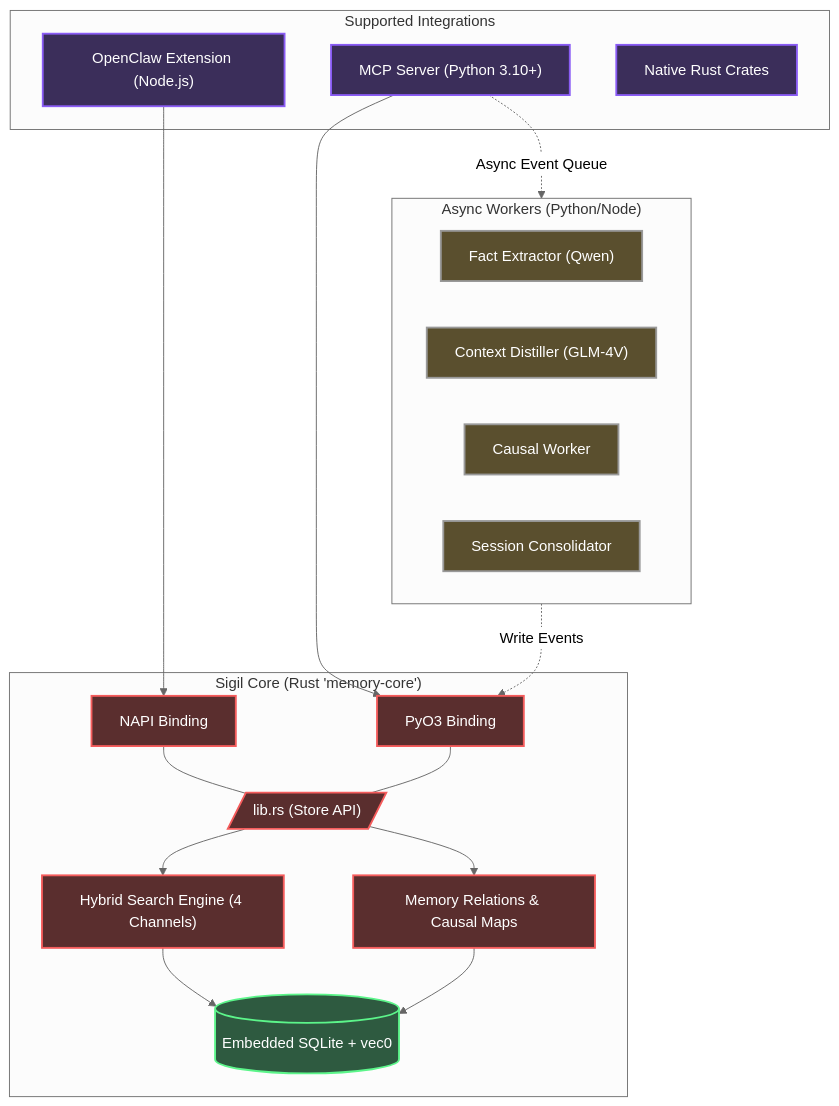
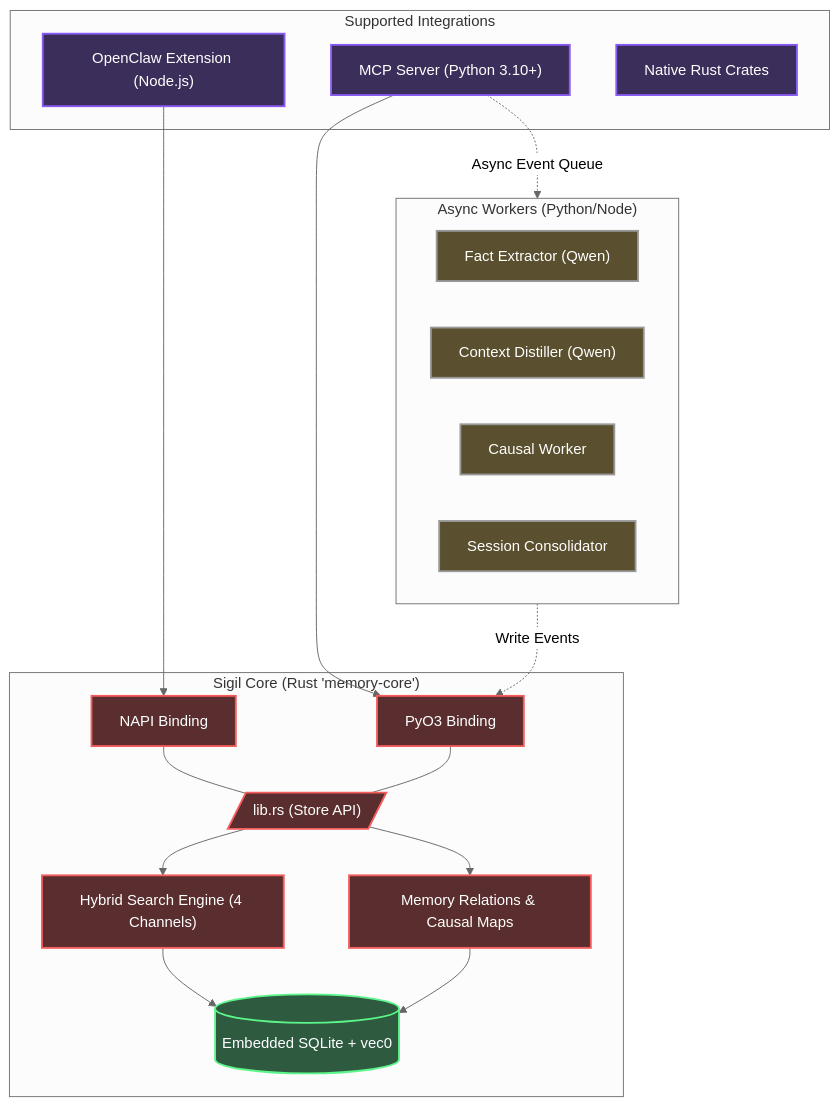
One commit to kckylechen1/tachi changed the diagram in README.md. Above: the diagram before and after it, drawn with Mermaid (neutral theme). The commit also changed other lines of this file and 1 other file, not shown here.

````diff
--- a/README.md
+++ b/README.md
@@ -84,44 +84,44 @@
 ```mermaid
 graph TD
     subgraph Clients["Supported Integrations"]
         MCP["MCP Server (Python 3.10+)"]
         OC["OpenClaw Extension (Node.js)"]
         NATIVE["Native Rust Crates"]
     end
 
     subgraph Operations["Async Workers (Python/Node)"]
         EXTRACT["Fact Extractor (Qwen)"]
-        DISTILL["Context Distiller (GLM-4V)"]
+        DISTILL["Context Distiller (Qwen)"]
         CAUSAL["Causal Worker"]
         CONSOLIDATE["Session Consolidator"]
     end
 
     subgraph Core["Sigil Core (Rust 'memory-core')"]
         NAPI["NAPI Binding"]
         PYO3["PyO3 Binding"]
         
         NAPI --- LIB[/"lib.rs (Store API)"/]
         PYO3 --- LIB
         
         LIB --> SEARCH["Hybrid Search Engine (4 Channels)"]
         LIB --> GRAPH["Memory Relations & Causal Maps"]
         
         SEARCH --> SQLITE[("Embedded SQLite + vec0")]
         GRAPH --> SQLITE
     end
 
     MCP --> PYO3
     OC --> NAPI
     MCP -. Async Event Queue .-> Operations
     Operations -. Write Events .-> PYO3
     
     classDef client fill:#3b2e5a,stroke:#8a5cf5,stroke-width:2px,color:#fff;
     classDef worker fill:#5a4f2e,stroke:#f5cw5a,stroke-width:2px,color:#fff;
     classDef rust fill:#5a2e2e,stroke:#f55c5c,stroke-width:2px,color:#fff;
     classDef db fill:#2e5a40,stroke:#5cf58a,stroke-width:2px,color:#fff;
     
     class MCP,OC,NATIVE client;
     class EXTRACT,DISTILL,CAUSAL,CONSOLIDATE worker;
     class NAPI,PYO3,LIB,SEARCH,GRAPH rust;
     class SQLITE db;
 ```
````
